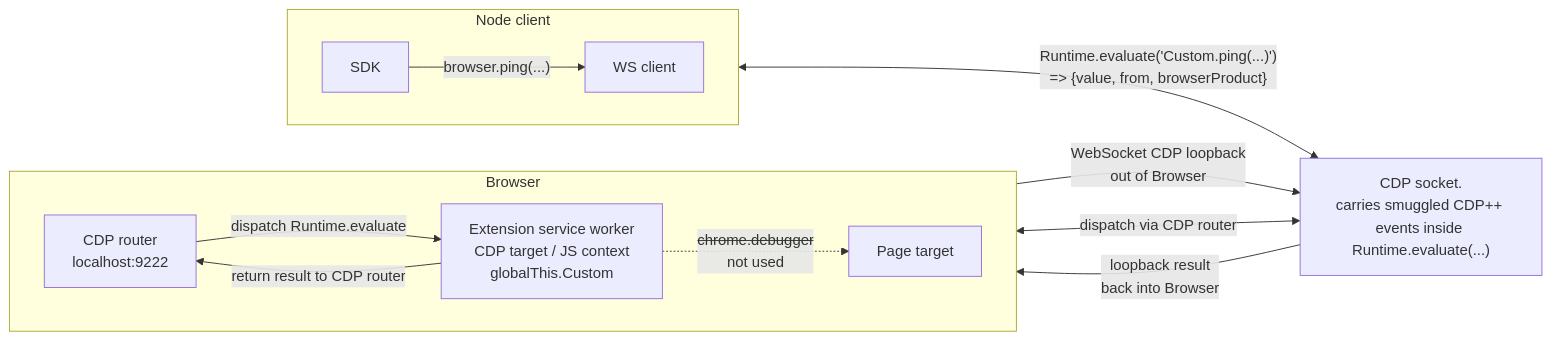
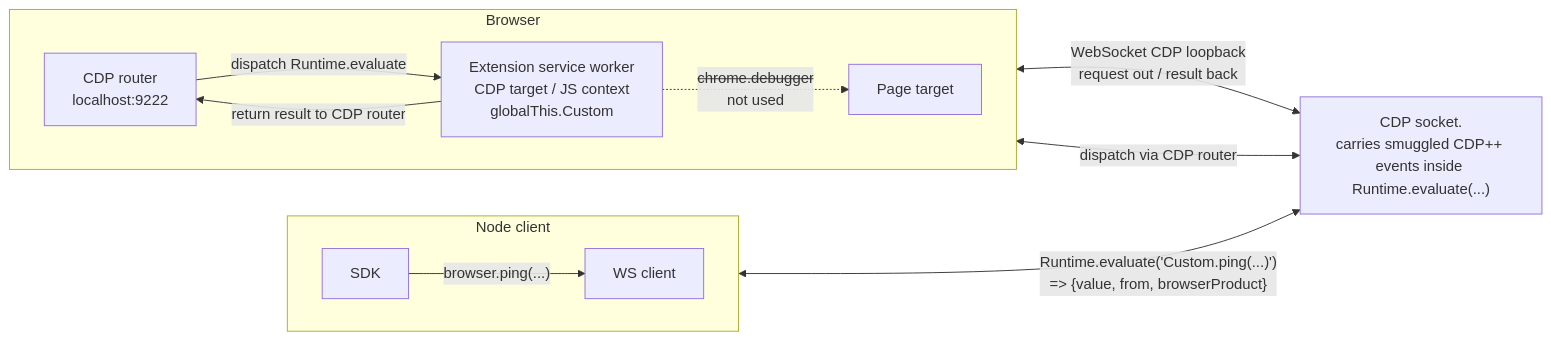
Before and after one commit to pirate/chrome-cdp-extension-bridge: the third of 4 diagrams in README.md, drawn with Mermaid. The commit also changed other lines of this file, not shown here.

Commit message:
Clarify loopback edge ordering

````diff
--- a/README.md
+++ b/README.md
@@ -109,26 +109,25 @@
 ```mermaid
 flowchart LR
   subgraph Node["Node client"]
     direction LR
     SDK["SDK"]
     WS["WS client"]
     SDK -->|"browser.ping(...)"| WS
   end
 
   subgraph Browser["Browser"]
     direction LR
     CDP["CDP router<br/>localhost:9222"]
     SW["Extension service worker<br/>CDP target / JS context<br/>globalThis.Custom"]
     Page["Page target"]
     CDP -->|"dispatch Runtime.evaluate"| SW
     SW -. "<s>chrome.debugger</s><br/>not used" .-> Page
   end
 
   Socket["CDP socket.<br/>carries smuggled CDP++ events inside Runtime.evaluate(...)"]
 
   WS <-->|"Runtime.evaluate('Custom.ping(...)')<br/>=> {value, from, browserProduct}"| Socket
   Socket <-->|"dispatch via CDP router"| CDP
-  SW -->|"WebSocket CDP loopback<br/>out of Browser"| Socket
-  Socket -->|"loopback result<br/>back into Browser"| SW
+  SW <-->|"WebSocket CDP loopback<br/>request out / result back"| Socket
   SW -->|"return result to CDP router"| CDP
 ```
````
